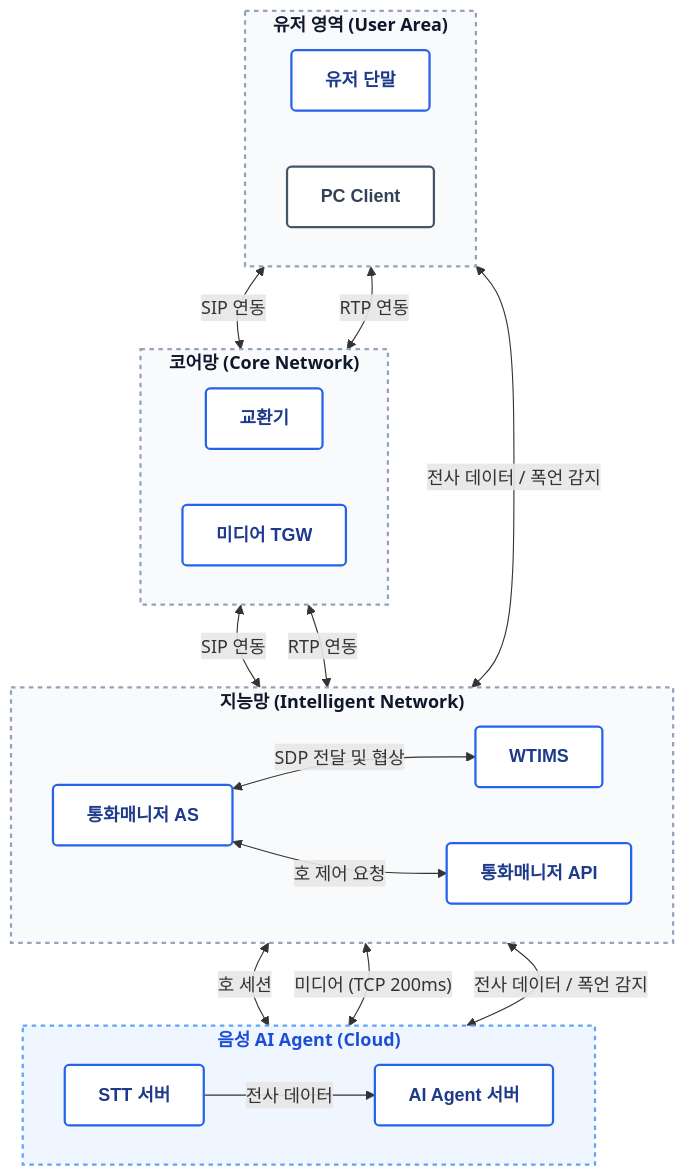
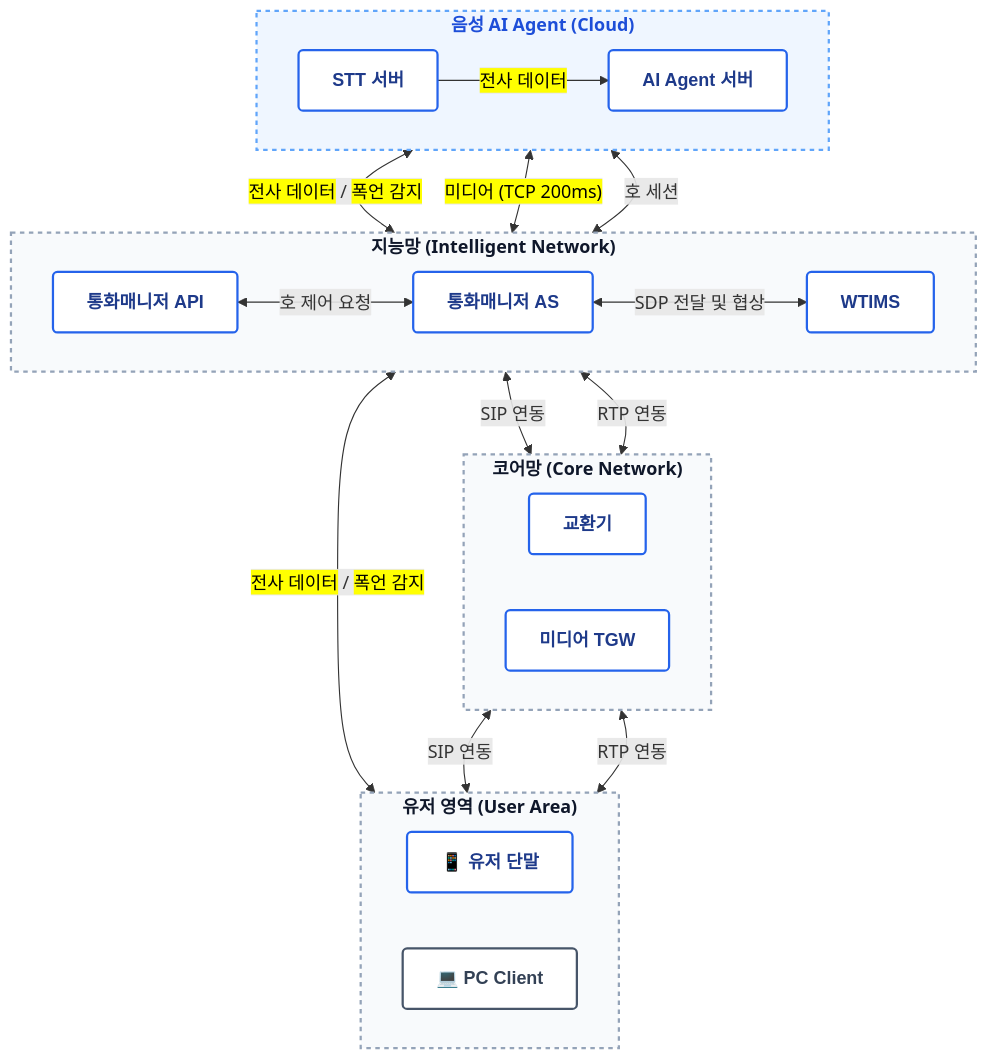
One commit to hak023/sip_pbx changed the diagram in docs/architecture/stt-agent-integration-cloud-stt.md. Above: the diagram before and after it, drawn with Mermaid. The commit also changed 1 other file, not shown here.

Commit message:
docs: flip diagram layout (cloud on top) and add icons/highlights

````diff
--- a/docs/architecture/stt-agent-integration-cloud-stt.md
+++ b/docs/architecture/stt-agent-integration-cloud-stt.md
@@ -4,60 +4,66 @@
 ```mermaid
 graph TD
     %% 스타일 정의 (블루 & 화이트 컨설팅 펌 테마)
     classDef default fill:#ffffff,stroke:#cbd5e1,stroke-width:1px,color:#334155,font-family:sans-serif;
     classDef layerBox fill:#f8fafc,stroke:#94a3b8,stroke-width:2px,stroke-dasharray: 4 4,color:#0f172a,font-weight:bold;
     classDef cloudBox fill:#eff6ff,stroke:#60a5fa,stroke-width:2px,stroke-dasharray: 4 4,color:#1d4ed8,font-weight:bold;
     classDef nodeBox fill:#ffffff,stroke:#2563eb,stroke-width:2px,color:#1e3a8a,font-weight:bold,rx:4px,ry:4px;
     classDef clientBox fill:#ffffff,stroke:#475569,stroke-width:2px,color:#334155,font-weight:bold,rx:4px,ry:4px;
 
     %% 계층별 Subgraph
     subgraph User_Area ["유저 영역 (User Area)"]
         direction LR
-        UserTerminal["유저 단말"]:::nodeBox
-        PCClient["PC Client"]:::clientBox
+        UserTerminal["📱 유저 단말"]:::nodeBox
+        PCClient["💻 PC Client"]:::clientBox
     end
 
     subgraph Core_Network ["코어망 (Core Network)"]
         direction LR
         Switch["교환기"]:::nodeBox
         MediaTGW["미디어 TGW"]:::nodeBox
     end
 
     subgraph Intelligent_Network ["지능망 (Intelligent Network)"]
         direction LR
         CallManagerAS["통화매니저 AS"]:::nodeBox
         WTIMS["WTIMS"]:::nodeBox
         CallManagerAPI["통화매니저 API"]:::nodeBox
     end
 
     subgraph Cloud_Agent ["음성 AI Agent (Cloud)"]
         direction LR
         AIAgent["AI Agent 서버"]:::nodeBox
         STTServer["STT 서버"]:::nodeBox
     end
 
-    %% 연결선 및 프로토콜 흐름
-    UserTerminal <-->|SIP 연동| Switch
-    UserTerminal <-->|RTP 연동| MediaTGW
+    %% 연결선 및 프로토콜 흐름 (위에서 아래로: Cloud -> Intelligent -> Core -> User)
     
-    Switch <-->|SIP 연동| CallManagerAS
-    MediaTGW <-->|RTP 연동| WTIMS
+    %% Cloud 내부
+    STTServer -->|"<mark>전사 데이터</mark>"| AIAgent
     
+    %% Cloud <-> Intelligent
+    STTServer <-->|"<mark>전사 데이터</mark> / <mark>폭언 감지</mark>"| CallManagerAPI
+    STTServer <-->|"<mark>미디어 (TCP 200ms)</mark>"| WTIMS
+    AIAgent <-->|호 세션| CallManagerAS
+    
+    %% Intelligent 내부
+    CallManagerAPI <-->|호 제어 요청| CallManagerAS
     CallManagerAS <-->|SDP 전달 및 협상| WTIMS
     
-    CallManagerAS <-->|호 세션| AIAgent
-    WTIMS <-->|"미디어 (TCP 200ms)"| STTServer
+    %% Intelligent <-> Core
+    CallManagerAS <-->|SIP 연동| Switch
+    WTIMS <-->|RTP 연동| MediaTGW
     
-    STTServer -->|전사 데이터| AIAgent
+    %% Core <-> User
+    Switch <-->|SIP 연동| UserTerminal
+    MediaTGW <-->|RTP 연동| UserTerminal
     
-    %% 하위 계층에서 상위 계층으로 가는 데이터는 레이아웃 꼬임을 방지하기 위해 방향성만 맞춘 표준 연결선 사용 (상위 컴포넌트 기준 시작)
-    CallManagerAPI <-->|전사 데이터 / 폭언 감지| STTServer
-    CallManagerAS <-->|호 제어 요청| CallManagerAPI
-    PCClient <-->|전사 데이터 / 폭언 감지| CallManagerAPI
+    %% Intelligent <-> User
+    CallManagerAPI <-->|"<mark>전사 데이터</mark> / <mark>폭언 감지</mark>"| PCClient
 
     %% 서브그래프 스타일 적용
     class User_Area layerBox;
     class Core_Network layerBox;
     class Intelligent_Network layerBox;
     class Cloud_Agent cloudBox;
 ```
````
